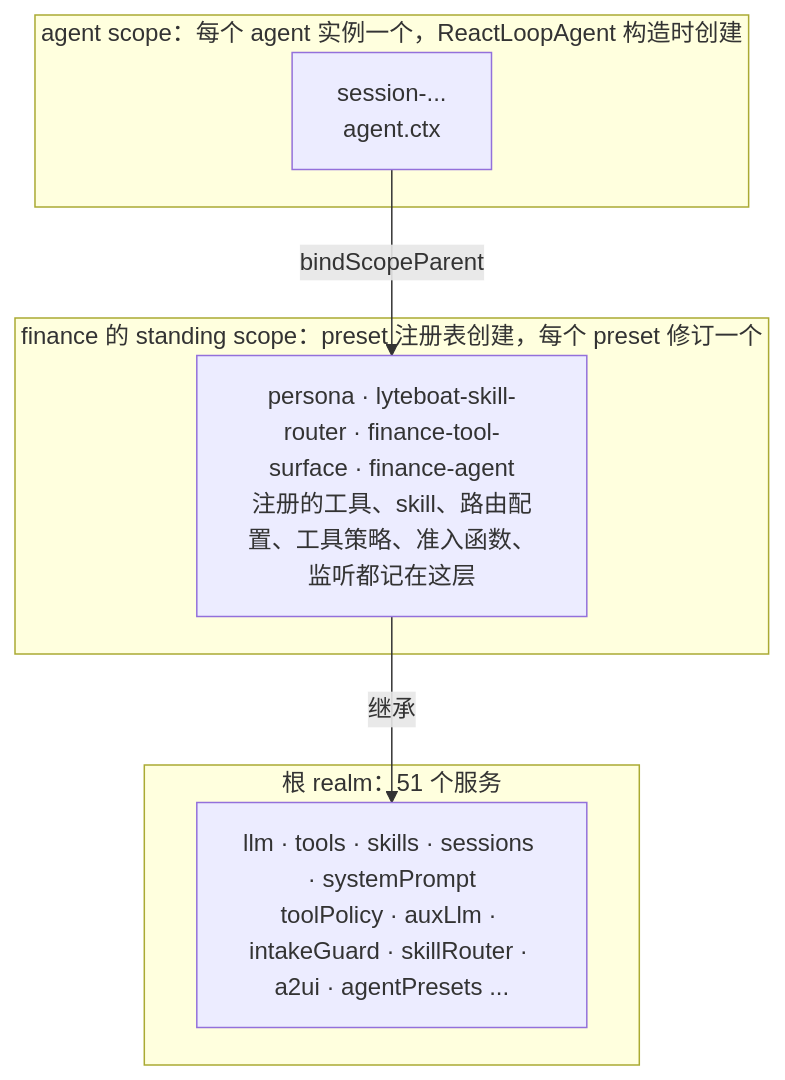
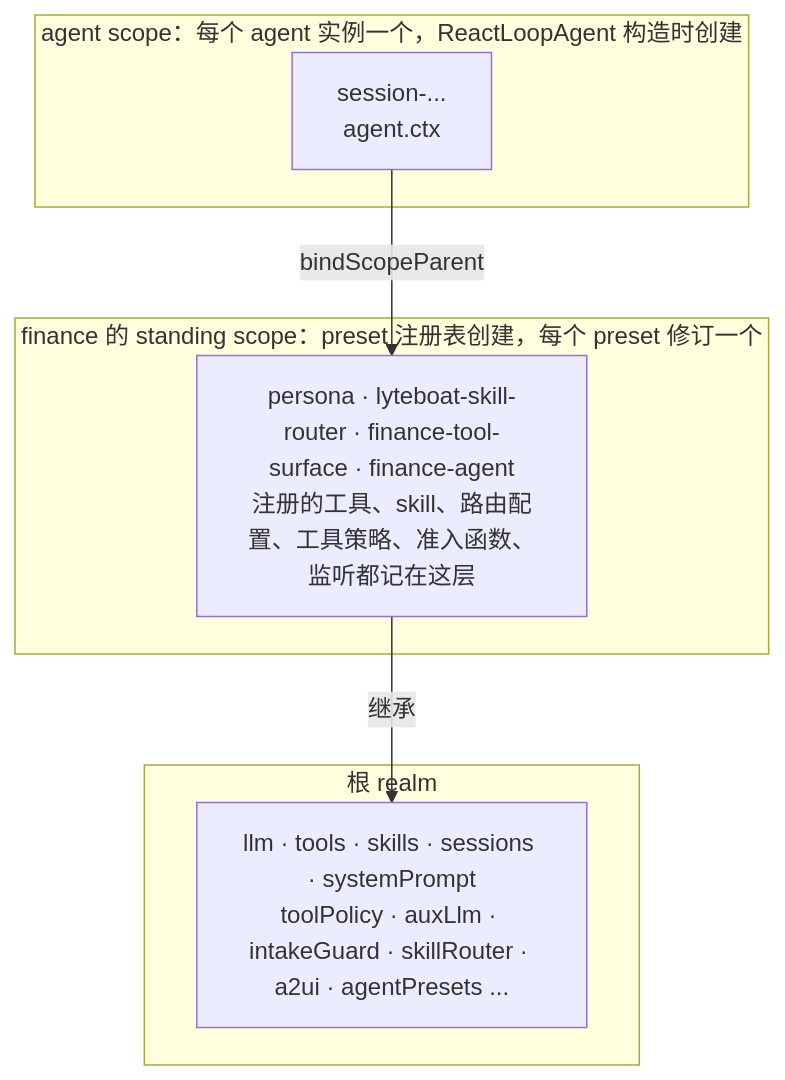
One commit to lyteboat/boat changed the seventh of 11 diagrams in docs/01-architecture.md. Above: the diagram before and after it, drawn with Mermaid. The commit also changed other lines of this file and 7 other files, not shown here.

````diff
--- a/docs/01-architecture.md
+++ b/docs/01-architecture.md
@@ -487,14 +482,14 @@
 ```mermaid
 flowchart TB
-  subgraph ROOT["根 realm：51 个服务"]
+  subgraph ROOT["根 realm"]
     rsvc["llm · tools · skills · sessions · systemPrompt<br/>toolPolicy · auxLlm · intakeGuard · skillRouter · a2ui · agentPresets ..."]
   end
   subgraph STAND["finance 的 standing scope：preset 注册表创建，每个 preset 修订一个"]
     rows["persona · lyteboat-skill-router · finance-tool-surface · finance-agent<br/>注册的工具、skill、路由配置、工具策略、准入函数、监听都记在这层"]
   end
   subgraph AGS["agent scope：每个 agent 实例一个，ReactLoopAgent 构造时创建"]
     inst["session-...<br/>agent.ctx"]
   end
   inst -->|"bindScopeParent"| rows
   rows -->|"继承"| rsvc
 ```
````
